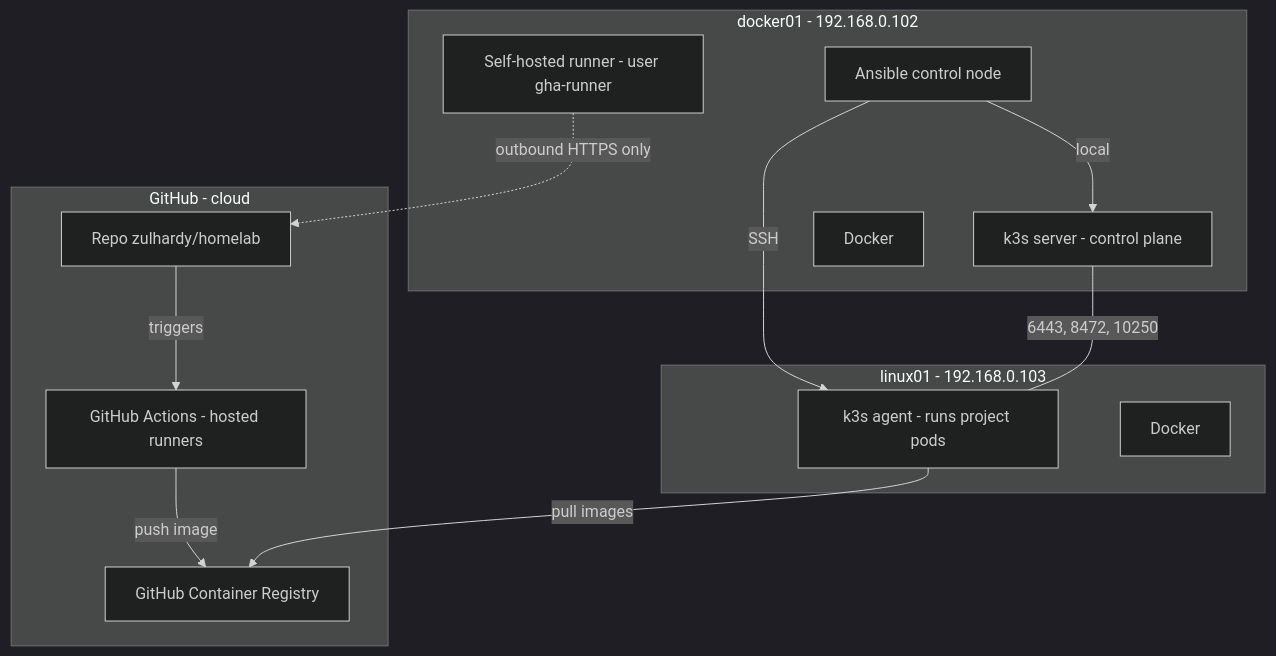
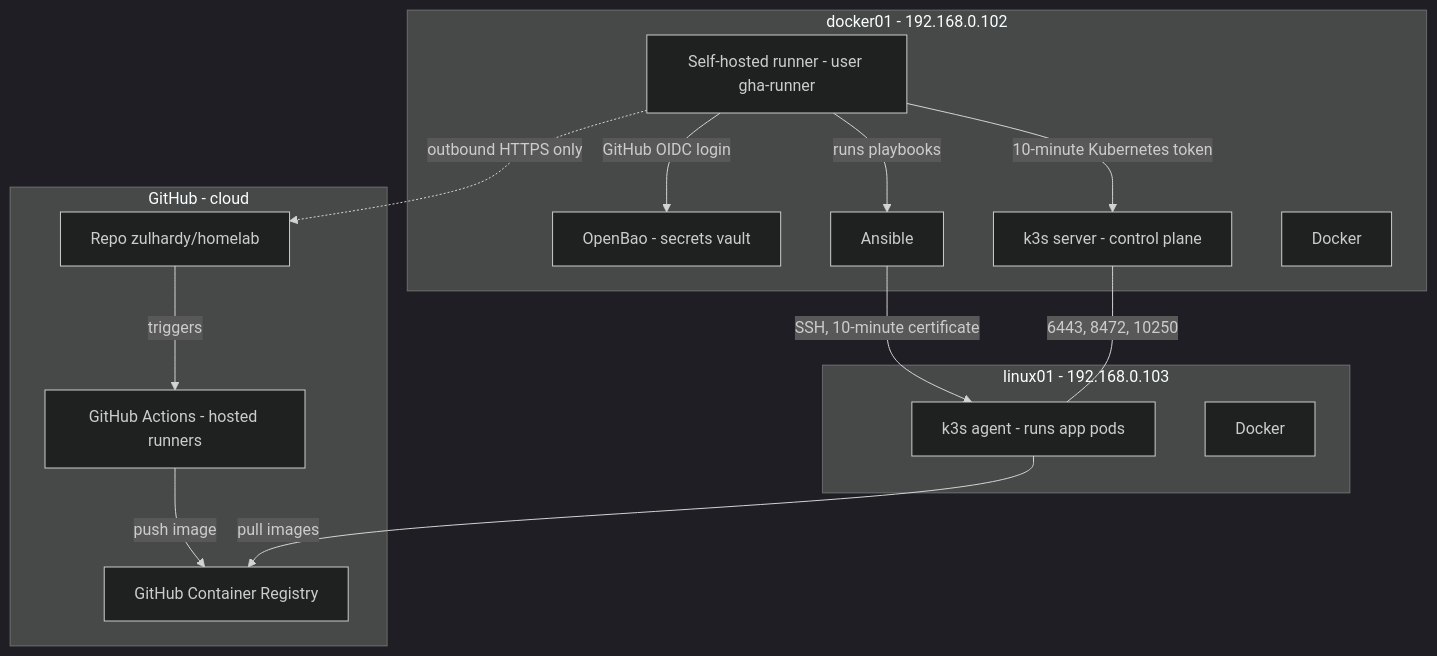
Before and after one commit to Zulhardy/homelab: the first of 2 diagrams in README.md, drawn with Mermaid (dark theme). The commit also changed other lines of this file and 30 other files, not shown here.

First line of the commit message:
feat: fully automatic after merge (homelab playbooks, generic apps pipeline, OpenBao auto-unseal)

````diff
--- a/README.md
+++ b/README.md
@@ -24,25 +28,28 @@
 ```mermaid
 flowchart TB
     subgraph GH["GitHub - cloud"]
         REPO["Repo zulhardy/homelab"]
         GHA["GitHub Actions - hosted runners"]
         GHCR["GitHub Container Registry"]
     end
     subgraph D1["docker01 - 192.168.0.102"]
-        ANS["Ansible control node"]
         RUN["Self-hosted runner - user gha-runner"]
+        BAO["OpenBao - secrets vault"]
+        ANS["Ansible"]
         K3S["k3s server - control plane"]
         DK1["Docker"]
     end
     subgraph L1["linux01 - 192.168.0.103"]
-        AG["k3s agent - runs project pods"]
+        AG["k3s agent - runs app pods"]
         DK2["Docker"]
     end
     REPO -->|"triggers"| GHA
     GHA -->|"push image"| GHCR
     RUN -.->|"outbound HTTPS only"| REPO
-    ANS -->|"SSH"| AG
-    ANS -->|"local"| K3S
+    RUN -->|"GitHub OIDC login"| BAO
+    RUN -->|"runs playbooks"| ANS
+    ANS -->|"SSH, 10-minute certificate"| AG
+    RUN -->|"10-minute Kubernetes token"| K3S
     K3S ---|"6443, 8472, 10250"| AG
     AG -->|"pull images"| GHCR
 ```
````
